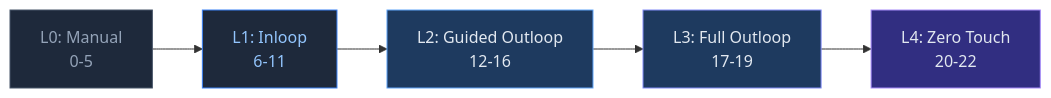
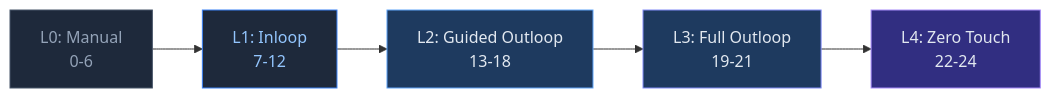
The third of 4 diagrams in README.md (WellDunDun/reins), drawn with Mermaid before and after one commit. The commit also changed other lines of this file and 16 other files, not shown here.

````diff
--- a/README.md
+++ b/README.md
@@ -169,13 +172,13 @@
 ```mermaid
 graph LR
-    L0["L0: Manual\n0-5"] --> L1["L1: Inloop\n6-11"]
-    L1 --> L2["L2: Guided Outloop\n12-16"]
-    L2 --> L3["L3: Full Outloop\n17-19"]
-    L3 --> L4["L4: Zero Touch\n20-22"]
+    L0["L0: Manual\n0-6"] --> L1["L1: Inloop\n7-12"]
+    L1 --> L2["L2: Guided Outloop\n13-18"]
+    L2 --> L3["L3: Full Outloop\n19-21"]
+    L3 --> L4["L4: Zero Touch\n22-24"]
 
     style L0 fill:#1e293b,stroke:#475569,color:#94a3b8
     style L1 fill:#1e293b,stroke:#3b82f6,color:#93c5fd
     style L2 fill:#1e3a5f,stroke:#60a5fa,color:#e2e8f0
     style L3 fill:#1e3a5f,stroke:#818cf8,color:#e2e8f0
     style L4 fill:#312e81,stroke:#a78bfa,color:#e2e8f0
 ```
````
